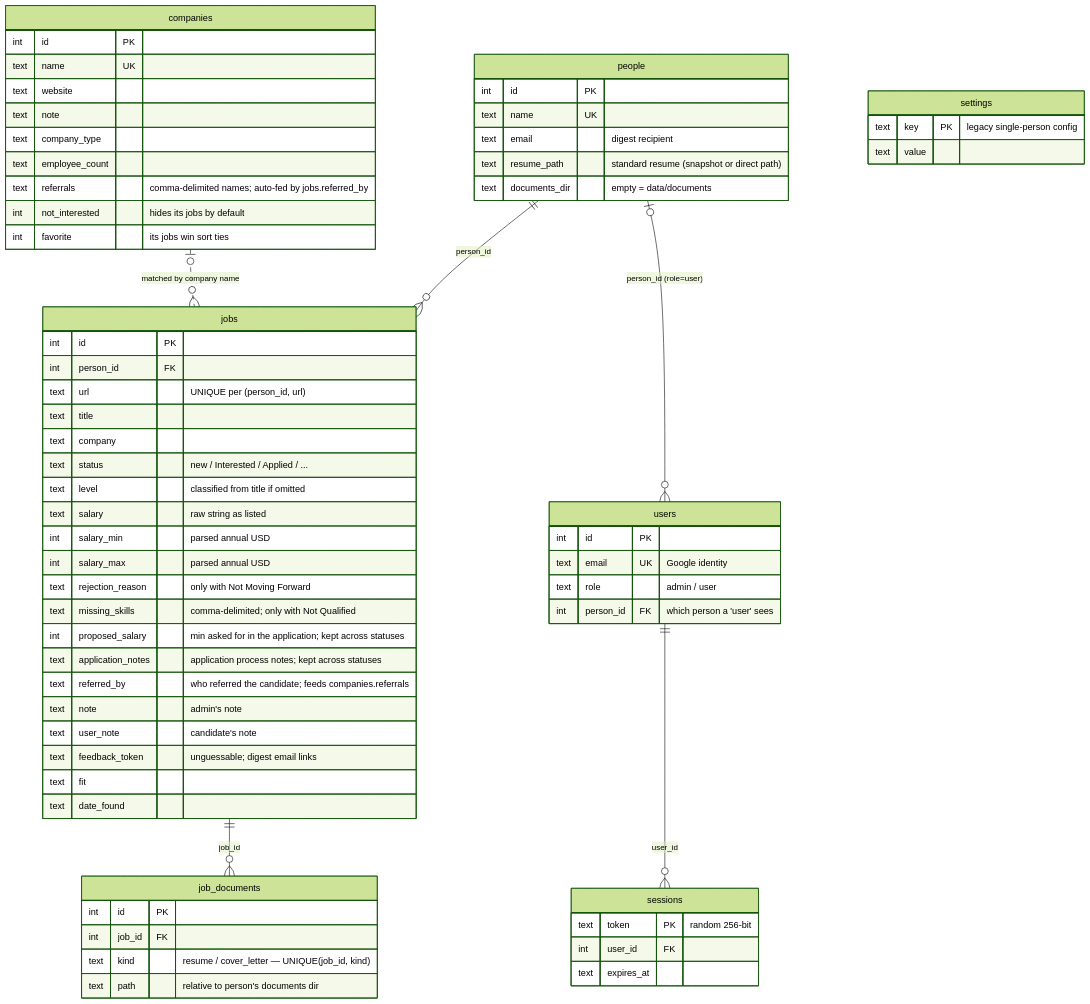
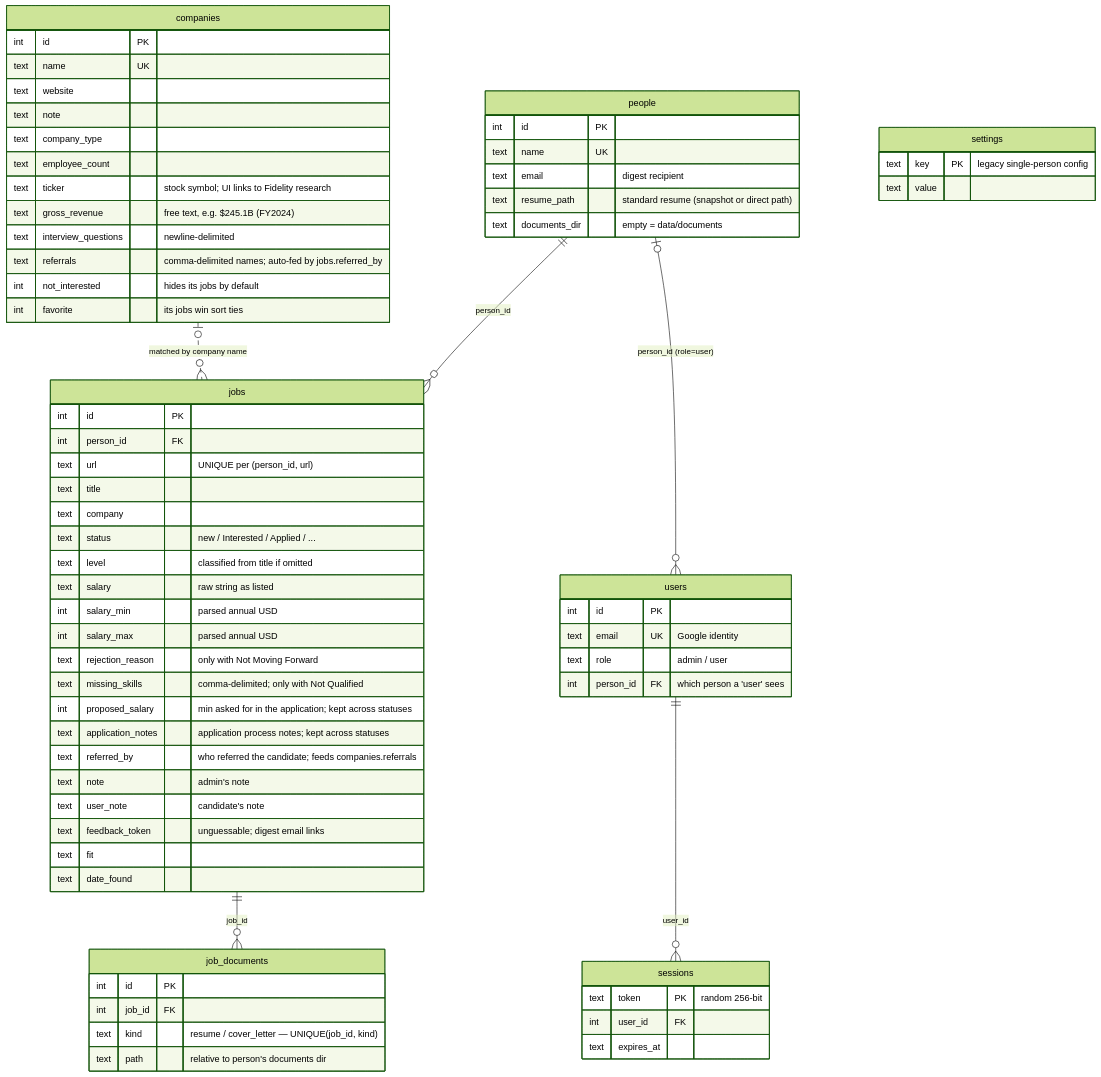
One commit to ianlee74/JobTracker changed the third of 7 diagrams in Architecture.md. Above: the diagram before and after it, drawn with Mermaid (forest theme). The commit also changed other lines of this file and 14 other files, not shown here.

First line of the commit message:
Browse and add companies, with ticker, revenue, and interview questions; research as a skill

````diff
--- a/Architecture.md
+++ b/Architecture.md
@@ -152,70 +152,73 @@
 ```mermaid
 erDiagram
     people ||--o{ jobs : "person_id"
     people |o--o{ users : "person_id (role=user)"
     users ||--o{ sessions : "user_id"
     jobs ||--o{ job_documents : "job_id"
     companies |o..o{ jobs : "matched by company name"
 
     people {
         int id PK
         text name UK
         text email "digest recipient"
         text resume_path "standard resume (snapshot or direct path)"
         text documents_dir "empty = data/documents"
     }
     users {
         int id PK
         text email UK "Google identity"
         text role "admin / user"
         int person_id FK "which person a 'user' sees"
     }
     sessions {
         text token PK "random 256-bit"
         int user_id FK
         text expires_at
     }
     jobs {
         int id PK
         int person_id FK
         text url "UNIQUE per (person_id, url)"
         text title
         text company
         text status "new / Interested / Applied / ..."
         text level "classified from title if omitted"
         text salary "raw string as listed"
         int salary_min "parsed annual USD"
         int salary_max "parsed annual USD"
         text rejection_reason "only with Not Moving Forward"
         text missing_skills "comma-delimited; only with Not Qualified"
         int proposed_salary "min asked for in the application; kept across statuses"
         text application_notes "application process notes; kept across statuses"
         text referred_by "who referred the candidate; feeds companies.referrals"
         text note "admin's note"
         text user_note "candidate's note"
         text feedback_token "unguessable; digest email links"
         text fit
         text date_found
     }
     companies {
         int id PK
         text name UK
         text website
         text note
         text company_type
         text employee_count
+        text ticker "stock symbol; UI links to Fidelity research"
+        text gross_revenue "free text, e.g. $245.1B (FY2024)"
+        text interview_questions "newline-delimited"
         text referrals "comma-delimited names; auto-fed by jobs.referred_by"
         int not_interested "hides its jobs by default"
         int favorite "its jobs win sort ties"
     }
     job_documents {
         int id PK
         int job_id FK
         text kind "resume / cover_letter — UNIQUE(job_id, kind)"
         text path "relative to person's documents dir"
     }
     settings {
         text key PK "legacy single-person config"
         text value
     }
 ```
````
